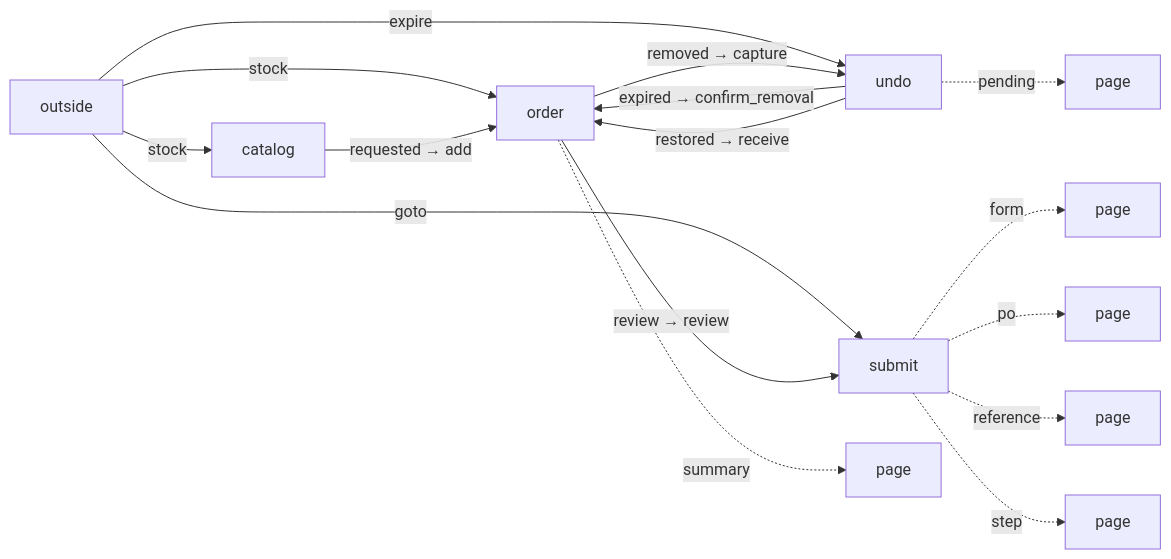
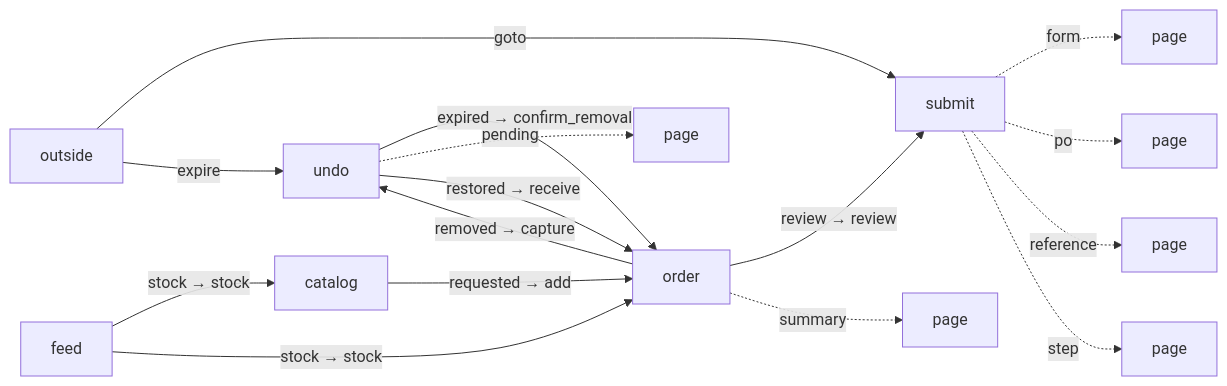
The diagram in v51-plain-stories/docs/diagrams/running/portal_live_show.md (modellurgist/ala_variants_elixir), drawn with Mermaid before and after one commit. The commit also changed 2760 other files, not shown here.

````diff
--- a/v51-plain-stories/docs/diagrams/running/portal_live_show.md
+++ b/v51-plain-stories/docs/diagrams/running/portal_live_show.md
@@ -3,18 +3,18 @@
 ```mermaid
 flowchart LR
-  outside -->|"stock"| catalog
-  outside -->|"stock"| order
   outside -->|"goto"| submit
   outside -->|"expire"| undo
   catalog -->|"requested → add"| order
+  feed -->|"stock → stock"| catalog
+  feed -->|"stock → stock"| order
   order -->|"removed → capture"| undo
   order -->|"review → review"| submit
   order -.->|"summary"| page_order_summary[page]
   submit -.->|"form"| page_submit_form[page]
   submit -.->|"po"| page_submit_po[page]
   submit -.->|"reference"| page_submit_reference[page]
   submit -.->|"step"| page_submit_step[page]
   undo -->|"expired → confirm_removal"| order
   undo -.->|"pending"| page_undo_pending[page]
   undo -->|"restored → receive"| order
 ```
````
